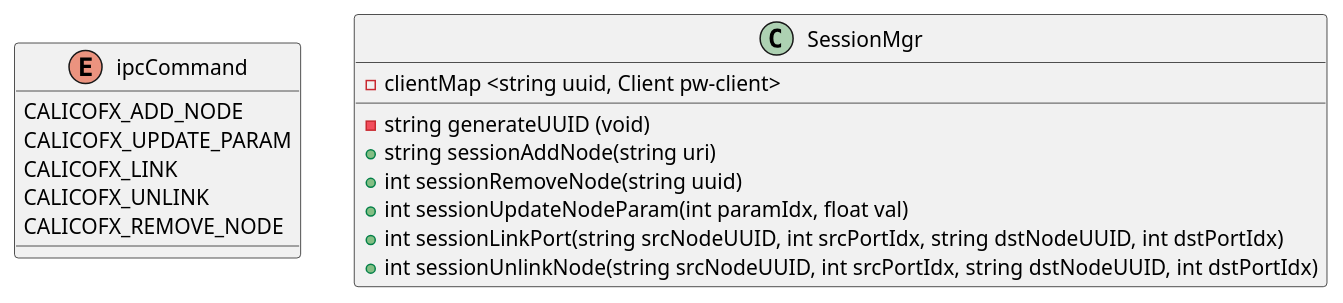
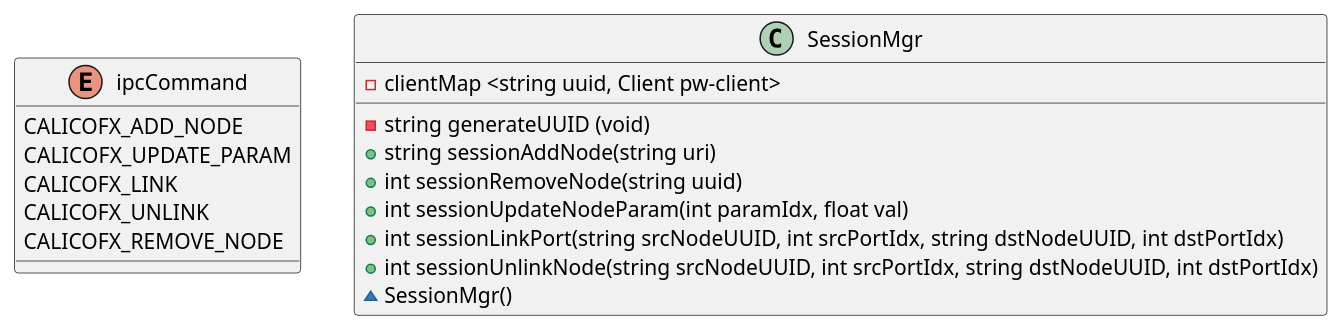
One commit to abhimanyu-g/calicofx-core changed the fourth of 14 diagrams in doc/design.org. Above: the diagram before and after it, drawn with PlantUML. The commit also changed other lines of this file, not shown here.

```diff
--- a/doc/design.org
+++ b/doc/design.org
@@ -82,20 +82,21 @@
 #+begin_src plantuml :file /tmp/calicofx-session-mgr-class-dig.png
   @startuml
   enum ipcCommand{
         CALICOFX_ADD_NODE
         CALICOFX_UPDATE_PARAM
         CALICOFX_LINK
         CALICOFX_UNLINK
         CALICOFX_REMOVE_NODE
   }
   class SessionMgr{
         -clientMap <string uuid, Client pw-client>
         -string generateUUID (void)
         +string sessionAddNode(string uri)
         +int sessionRemoveNode(string uuid)
         +int sessionUpdateNodeParam(int paramIdx, float val)
         +int sessionLinkPort(string srcNodeUUID, int srcPortIdx, string dstNodeUUID, int dstPortIdx)
         +int sessionUnlinkNode(string srcNodeUUID, int srcPortIdx, string dstNodeUUID, int dstPortIdx)
+        ~SessionMgr()
   }
   @enduml
 #+end_src
```
